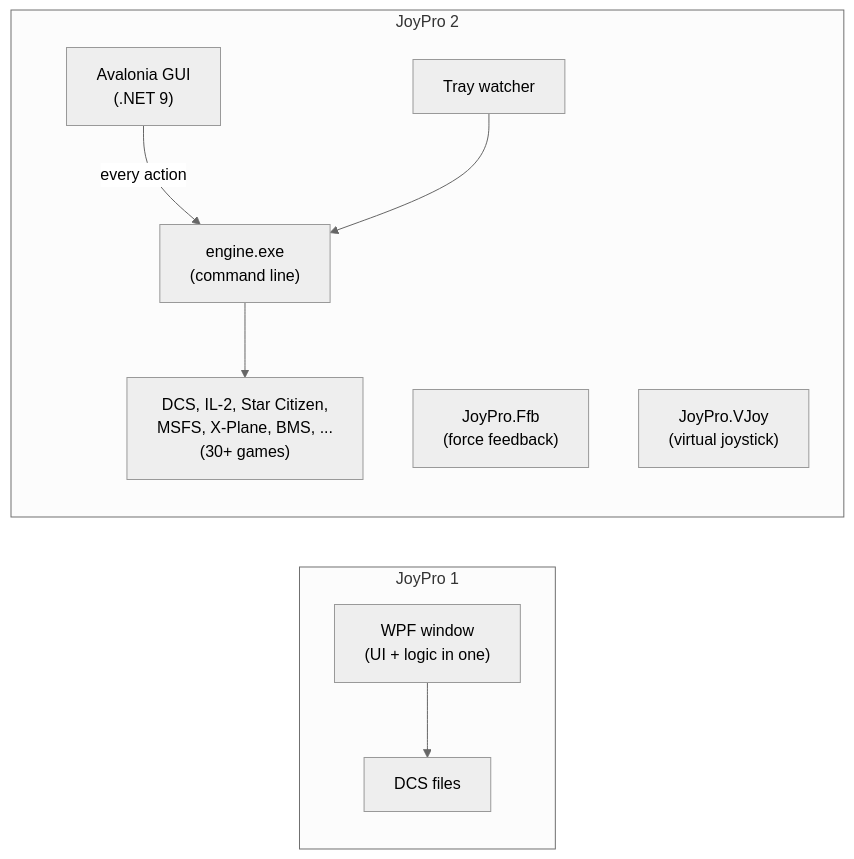
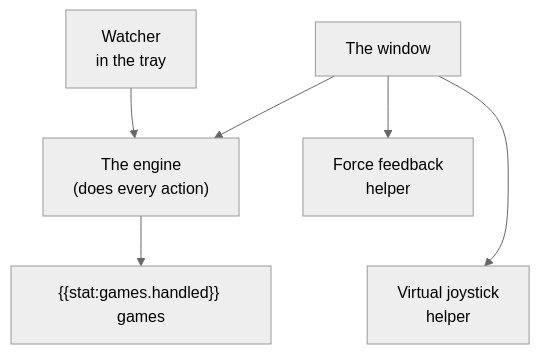
Before and after one commit to Holdi601/JoystickProfiler2: the second of 2 diagrams in website/content/project/jp1-vs-jp2.md, drawn with Mermaid (neutral theme). The commit also changed other lines of this file and 718 other files, not shown here.

Commit message:
JoyPro2 2.7.0

````diff
--- a/website/content/project/jp1-vs-jp2.md
+++ b/website/content/project/jp1-vs-jp2.md
@@ -41,13 +47,10 @@
 ```mermaid
-flowchart LR
-  subgraph JP1["JoyPro 1"]
-    W["WPF window<br/>(UI + logic in one)"] --> D1["DCS files"]
-  end
-  subgraph JP2["JoyPro 2"]
-    G["Avalonia GUI<br/>(.NET 9)"] -->|"every action"| E["engine.exe<br/>(command line)"]
-    T["Tray watcher"] --> E
-    F["JoyPro.Ffb<br/>(force feedback)"]
-    V["JoyPro.VJoy<br/>(virtual joystick)"]
-    E --> D2["DCS, IL-2, Star Citizen,<br/>MSFS, X-Plane, BMS, ...<br/>(30+ games)"]
-  end
+%% caption: JoyPro 2: a window that hands every action to the engine, with helpers for force feedback, the virtual joystick and the watcher.
+flowchart TB
+  G["The window"] --> E["The engine<br/>(does every action)"]
+  G --> F["Force feedback<br/>helper"]
+  G --> V["Virtual joystick<br/>helper"]
+  T["Watcher<br/>in the tray"] --> E
+  E --> D2["{{stat:games.handled}} games"]
+  F ~~~ V
 ```
````
